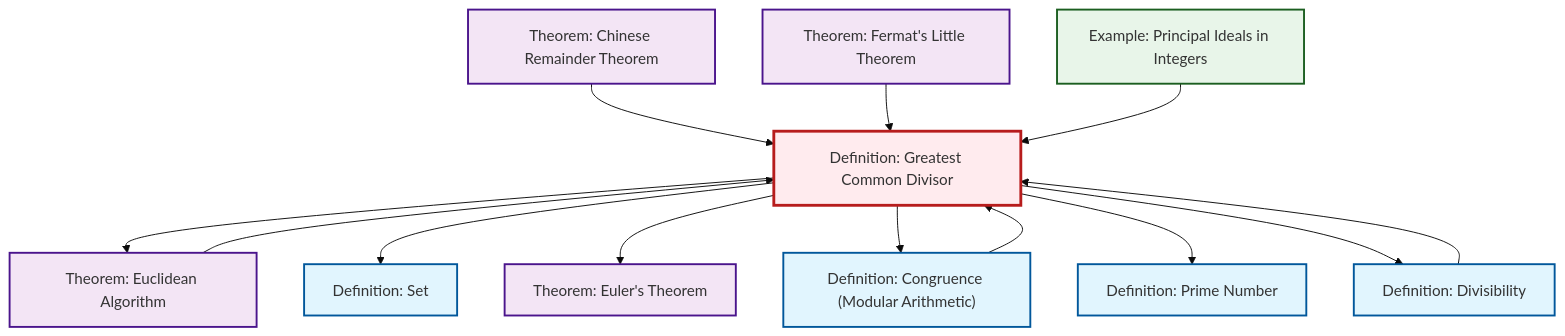
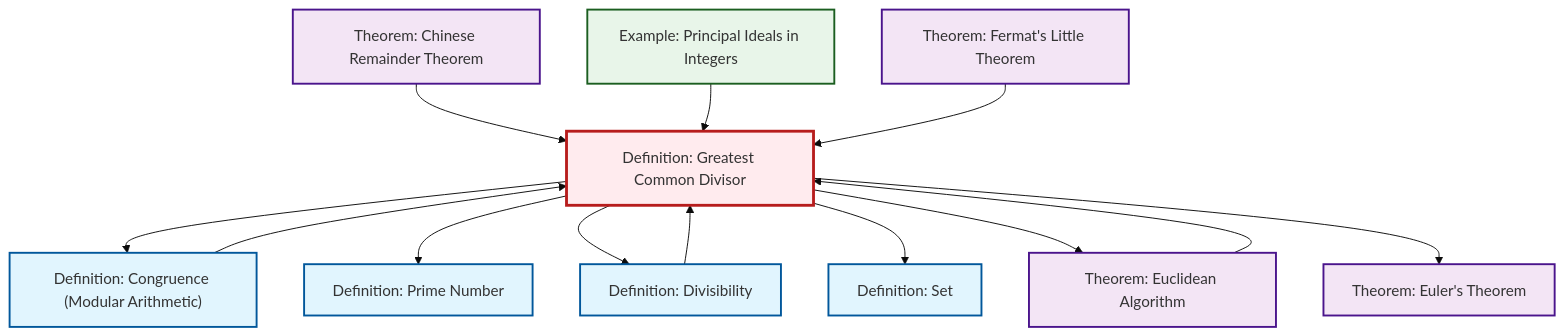
Before and after one commit to RK0429/ModernMath: the second of 2 diagrams in content/ja/number-theory/def-gcd.qmd, drawn with Mermaid (base theme). The commit also changed other lines of this file and 554 other files, not shown here.

````diff
--- a/content/ja/number-theory/def-gcd.qmd
+++ b/content/ja/number-theory/def-gcd.qmd
@@ -86,41 +86,41 @@
 ```{mermaid}
 %%| fig-cap: "Local dependency graph"
 graph TD
     classDef definition fill:#e1f5fe,stroke:#01579b,stroke-width:2px
     classDef theorem fill:#f3e5f5,stroke:#4a148c,stroke-width:2px
     classDef axiom fill:#fff3e0,stroke:#e65100,stroke-width:2px
     classDef example fill:#e8f5e9,stroke:#1b5e20,stroke-width:2px
     classDef current fill:#ffebee,stroke:#b71c1c,stroke-width:3px
+    def-prime["Definition: Prime Number"]:::definition
+    ex-principal-ideal["Example: Principal Ideals in Integers"]:::example
     thm-chinese-remainder["Theorem: Chinese Remainder Theorem"]:::theorem
     def-divisibility["Definition: Divisibility"]:::definition
+    thm-euler["Theorem: Euler's Theorem"]:::theorem
     def-set["Definition: Set"]:::definition
-    thm-euler["Theorem: Euler's Theorem"]:::theorem
     thm-fermat-little["Theorem: Fermat's Little Theorem"]:::theorem
     def-congruence["Definition: Congruence (Modular Arithmetic)"]:::definition
+    thm-euclidean-algorithm["Theorem: Euclidean Algorithm"]:::theorem
     def-gcd["Definition: Greatest Common Divisor"]:::definition
-    def-prime["Definition: Prime Number"]:::definition
-    ex-principal-ideal["Example: Principal Ideals in Integers"]:::example
-    thm-euclidean-algorithm["Theorem: Euclidean Algorithm"]:::theorem
-    def-gcd --> thm-euclidean-algorithm
-    def-gcd --> def-set
-    def-gcd --> thm-euler
-    def-congruence --> def-gcd
+    thm-chinese-remainder --> def-gcd
     def-gcd --> def-congruence
+    ex-principal-ideal --> def-gcd
     def-gcd --> def-prime
-    thm-euclidean-algorithm --> def-gcd
-    thm-chinese-remainder --> def-gcd
     def-gcd --> def-divisibility
     def-divisibility --> def-gcd
+    def-gcd --> def-set
+    def-congruence --> def-gcd
+    def-gcd --> thm-euclidean-algorithm
+    thm-euclidean-algorithm --> def-gcd
+    def-gcd --> thm-euler
     thm-fermat-little --> def-gcd
-    ex-principal-ideal --> def-gcd
     class def-gcd current
+    click def-prime "def-prime.html" "Definition: Prime Numberへ"
+    click ex-principal-ideal "ex-principal-ideal.html" "Example: Principal Ideals in Integersへ"
     click thm-chinese-remainder "thm-chinese-remainder.html" "Theorem: Chinese Remainder Theoremへ"
     click def-divisibility "def-divisibility.html" "Definition: Divisibilityへ"
+    click thm-euler "thm-euler.html" "Theorem: Euler's Theoremへ"
     click def-set "def-set.html" "Definition: Setへ"
-    click thm-euler "thm-euler.html" "Theorem: Euler's Theoremへ"
     click thm-fermat-little "thm-fermat-little.html" "Theorem: Fermat's Little Theoremへ"
     click def-congruence "def-congruence.html" "Definition: Congruence (Modular Arithmetic)へ"
-    click def-prime "def-prime.html" "Definition: Prime Numberへ"
-    click ex-principal-ideal "ex-principal-ideal.html" "Example: Principal Ideals in Integersへ"
     click thm-euclidean-algorithm "thm-euclidean-algorithm.html" "Theorem: Euclidean Algorithmへ"
 ```
````
